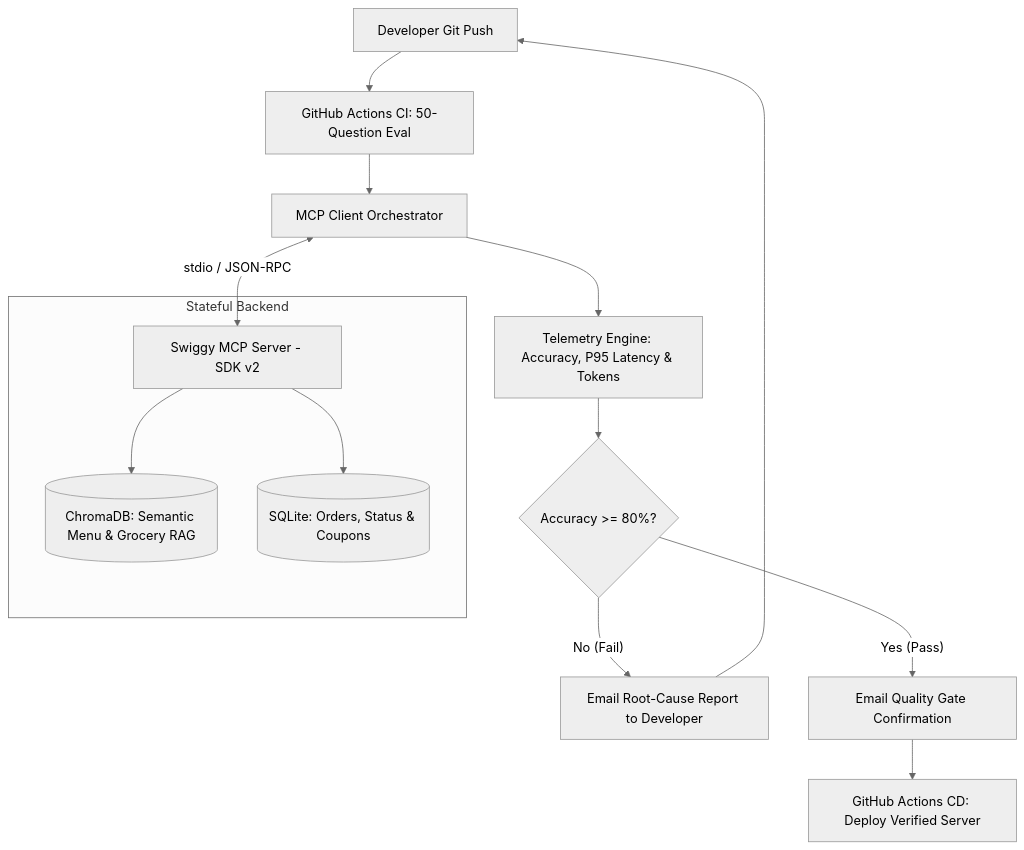
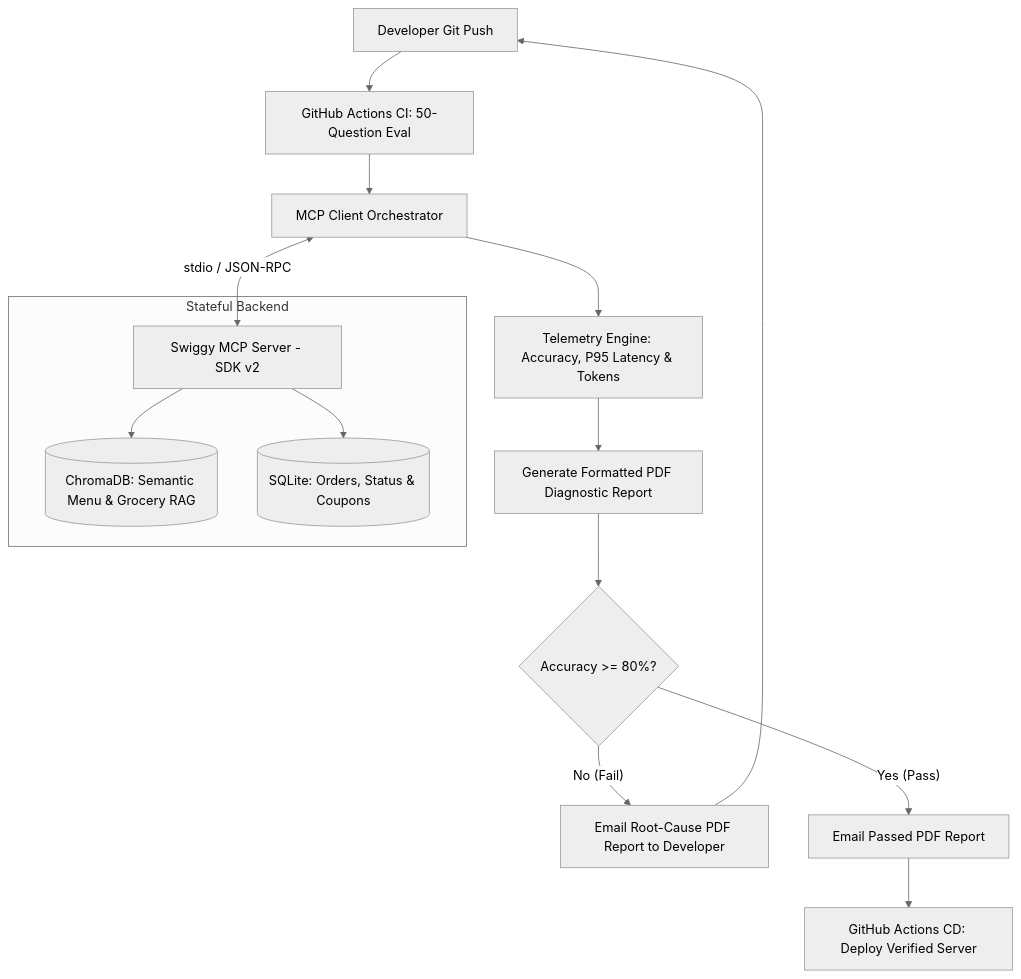
Before and after one commit to avigithub6/swiggy-mcp-server-eval: the diagram in README.md, drawn with Mermaid (neutral theme). The commit also changed other lines of this file, not shown here.

Commit message:
docs: update README with verified live CI/CD PDF benchmark metrics

````diff
--- a/README.md
+++ b/README.md
@@ -21,20 +21,21 @@
 ```mermaid
 flowchart TD
     Dev[Developer Git Push] --> CI[GitHub Actions CI: 50-Question Eval]
     CI --> Client[MCP Client Orchestrator]
     Client <-->|stdio / JSON-RPC| Server[Swiggy MCP Server - SDK v2]
 
     subgraph Stateful Backend
         Server --> VectorDB[(ChromaDB: Semantic Menu & Grocery RAG)]
         Server --> SQL[(SQLite: Orders, Status & Coupons)]
     end
 
     Client --> Telemetry[Telemetry Engine: Accuracy, P95 Latency & Tokens]
-    Telemetry --> Gate{Accuracy >= 80%?}
+    Telemetry --> PDF[Generate Formatted PDF Diagnostic Report]
+    PDF --> Gate{Accuracy >= 80%?}
 
-    Gate -- No (Fail) --> FailMail[Email Root-Cause Report to Developer]
+    Gate -- No (Fail) --> FailMail[Email Root-Cause PDF Report to Developer]
     FailMail --> Dev
 
-    Gate -- Yes (Pass) --> PassMail[Email Quality Gate Confirmation]
+    Gate -- Yes (Pass) --> PassMail[Email Passed PDF Report]
     PassMail --> CD[GitHub Actions CD: Deploy Verified Server]
 ```
````
